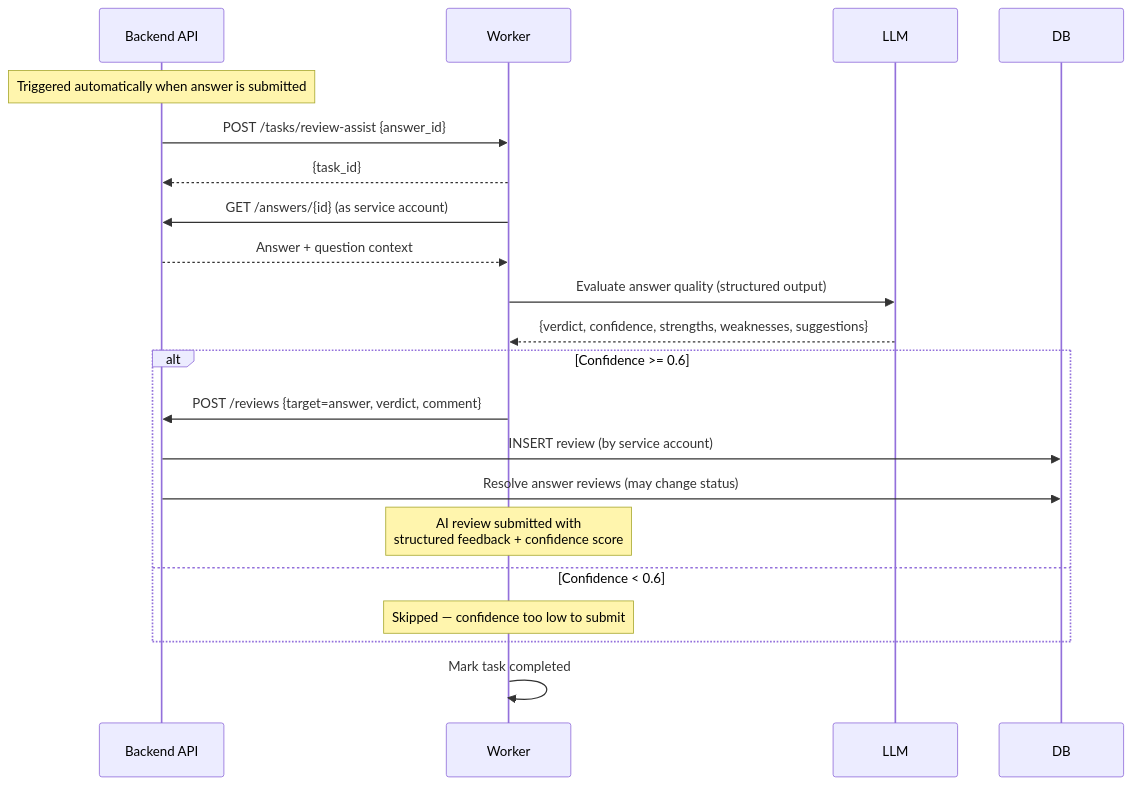
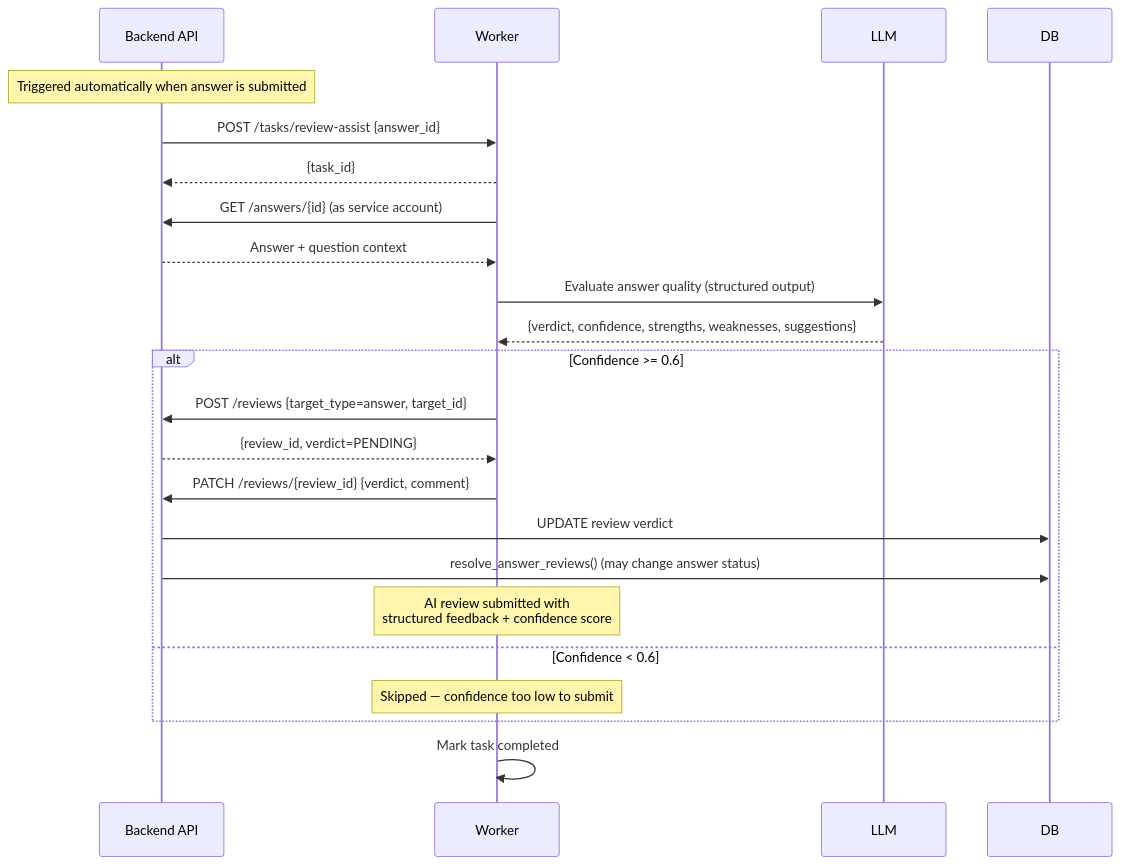
Before and after one commit to keytech42/tacit-knowledge-elicitation: the tenth of 17 diagrams in docs/sequence-diagrams.md, drawn with Mermaid. The commit also changed other lines of this file, not shown here.

First line of the commit message:
Fix sequence diagram inaccuracies and add state machine notes

````diff
--- a/docs/sequence-diagrams.md
+++ b/docs/sequence-diagrams.md
@@ -402,29 +418,31 @@
 ```mermaid
 sequenceDiagram
     participant Backend as Backend API
     participant Worker
     participant LLM
     participant DB
 
     Note over Backend: Triggered automatically when answer is submitted
 
     Backend->>Worker: POST /tasks/review-assist {answer_id}
     Worker-->>Backend: {task_id}
 
     Worker->>Backend: GET /answers/{id} (as service account)
     Backend-->>Worker: Answer + question context
 
     Worker->>LLM: Evaluate answer quality (structured output)
     LLM-->>Worker: {verdict, confidence, strengths, weaknesses, suggestions}
 
     alt Confidence >= 0.6
-        Worker->>Backend: POST /reviews {target=answer, verdict, comment}
-        Backend->>DB: INSERT review (by service account)
-        Backend->>DB: Resolve answer reviews (may change status)
+        Worker->>Backend: POST /reviews {target_type=answer, target_id}
+        Backend-->>Worker: {review_id, verdict=PENDING}
+        Worker->>Backend: PATCH /reviews/{review_id} {verdict, comment}
+        Backend->>DB: UPDATE review verdict
+        Backend->>DB: resolve_answer_reviews() (may change answer status)
         Note over Worker: AI review submitted with<br/>structured feedback + confidence score
     else Confidence < 0.6
         Note over Worker: Skipped — confidence too low to submit
     end
 
     Worker->>Worker: Mark task completed
 ```
````
